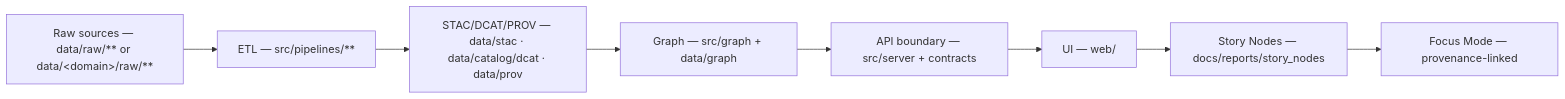
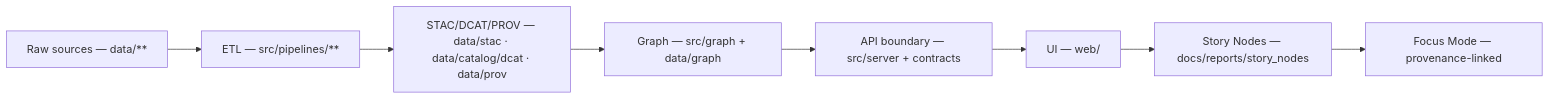
The first of 2 diagrams in README.md (bartytime4life/Kansas-Frontier-Matrix), drawn with Mermaid before and after one commit. The commit also changed other lines of this file, not shown here.

```diff
--- a/README.md
+++ b/README.md
@@ -251,10 +213,10 @@
 ~~~mermaid
 flowchart LR
-  R["Raw sources — data/raw/** or data/&lt;domain&gt;/raw/**"] --> A["ETL — src/pipelines/**"]
+  R["Raw sources — data/**"] --> A["ETL — src/pipelines/**"]
   A --> B["STAC/DCAT/PROV — data/stac · data/catalog/dcat · data/prov"]
   B --> C["Graph — src/graph + data/graph"]
   C --> D["API boundary — src/server + contracts"]
   D --> E["UI — web/"]
   E --> F["Story Nodes — docs/reports/story_nodes"]
   F --> G["Focus Mode — provenance-linked"]
 ~~~
```
